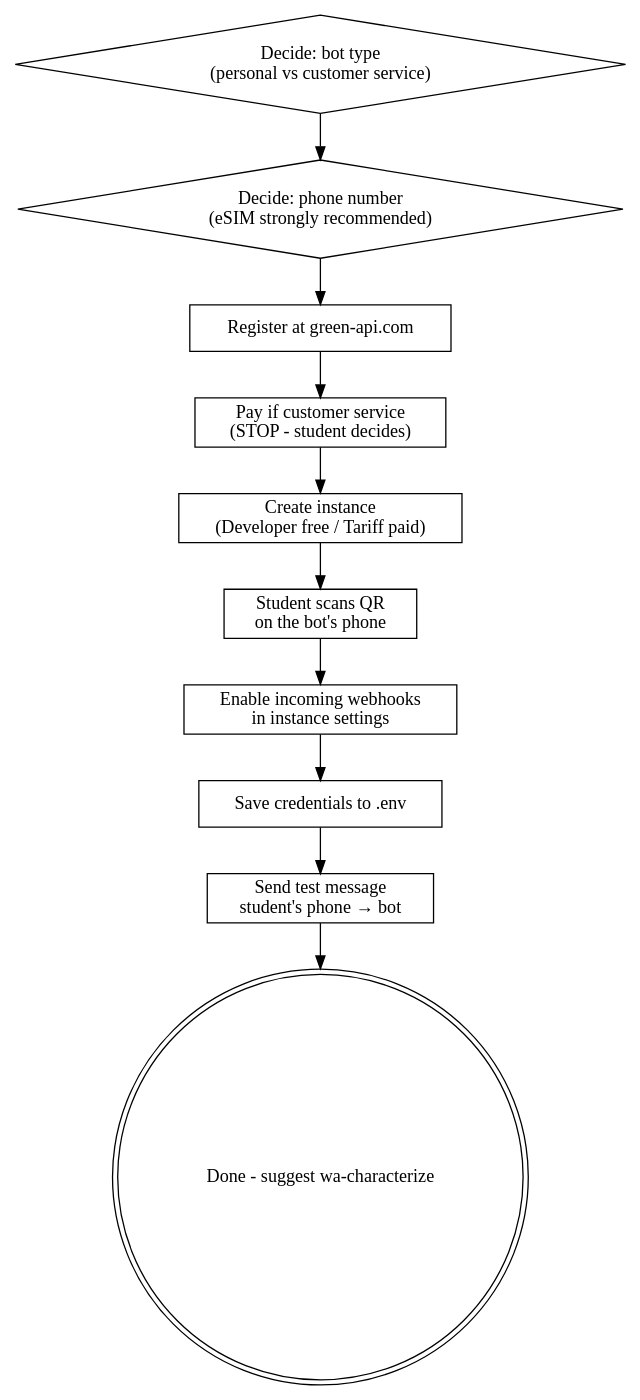
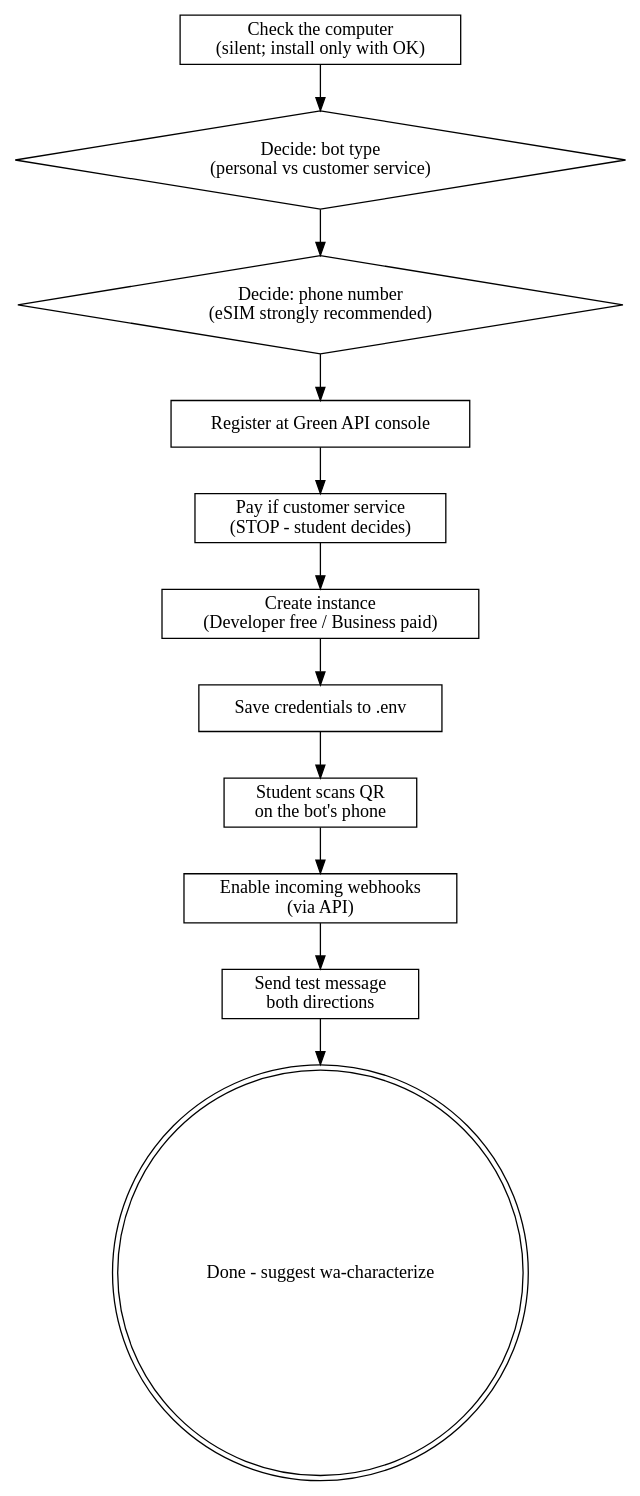
One commit to Asher-pro/wa-whatsapp-agent changed the diagram in skills/wa-setup/SKILL.md. Above: the diagram before and after it, drawn with Graphviz. The commit also changed other lines of this file and 27 other files, not shown here.

````diff
--- a/skills/wa-setup/SKILL.md
+++ b/skills/wa-setup/SKILL.md
@@ -33,25 +39,27 @@
 ```dot
 digraph wa_setup {
     rankdir=TB;
+    "Check the computer\n(silent; install only with OK)" [shape=box];
     "Decide: bot type\n(personal vs customer service)" [shape=diamond];
     "Decide: phone number\n(eSIM strongly recommended)" [shape=diamond];
-    "Register at green-api.com" [shape=box];
+    "Register at Green API console" [shape=box];
     "Pay if customer service\n(STOP - student decides)" [shape=box];
-    "Create instance\n(Developer free / Tariff paid)" [shape=box];
+    "Create instance\n(Developer free / Business paid)" [shape=box];
+    "Save credentials to .env" [shape=box];
     "Student scans QR\non the bot's phone" [shape=box];
-    "Enable incoming webhooks\nin instance settings" [shape=box];
-    "Save credentials to .env" [shape=box];
-    "Send test message\nstudent's phone → bot" [shape=box];
+    "Enable incoming webhooks\n(via API)" [shape=box];
+    "Send test message\nboth directions" [shape=box];
     "Done - suggest wa-characterize" [shape=doublecircle];
 
+    "Check the computer\n(silent; install only with OK)" -> "Decide: bot type\n(personal vs customer service)";
     "Decide: bot type\n(personal vs customer service)" -> "Decide: phone number\n(eSIM strongly recommended)";
-    "Decide: phone number\n(eSIM strongly recommended)" -> "Register at green-api.com";
-    "Register at green-api.com" -> "Pay if customer service\n(STOP - student decides)";
-    "Pay if customer service\n(STOP - student decides)" -> "Create instance\n(Developer free / Tariff paid)";
-    "Create instance\n(Developer free / Tariff paid)" -> "Student scans QR\non the bot's phone";
-    "Student scans QR\non the bot's phone" -> "Enable incoming webhooks\nin instance settings";
-    "Enable incoming webhooks\nin instance settings" -> "Save credentials to .env";
-    "Save credentials to .env" -> "Send test message\nstudent's phone → bot";
-    "Send test message\nstudent's phone → bot" -> "Done - suggest wa-characterize";
+    "Decide: phone number\n(eSIM strongly recommended)" -> "Register at Green API console";
+    "Register at Green API console" -> "Pay if customer service\n(STOP - student decides)";
+    "Pay if customer service\n(STOP - student decides)" -> "Create instance\n(Developer free / Business paid)";
+    "Create instance\n(Developer free / Business paid)" -> "Save credentials to .env";
+    "Save credentials to .env" -> "Student scans QR\non the bot's phone";
+    "Student scans QR\non the bot's phone" -> "Enable incoming webhooks\n(via API)";
+    "Enable incoming webhooks\n(via API)" -> "Send test message\nboth directions";
+    "Send test message\nboth directions" -> "Done - suggest wa-characterize";
 }
 ```
````
